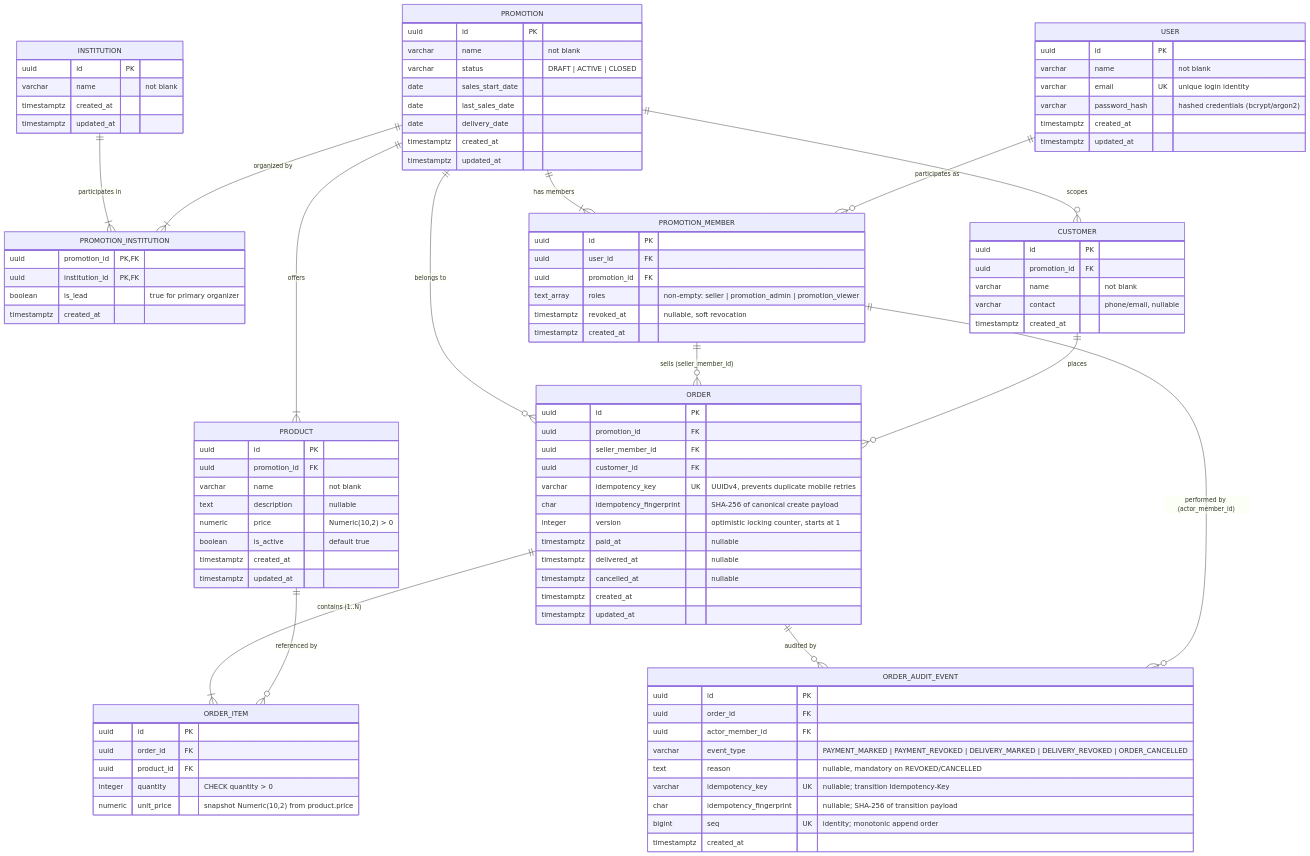
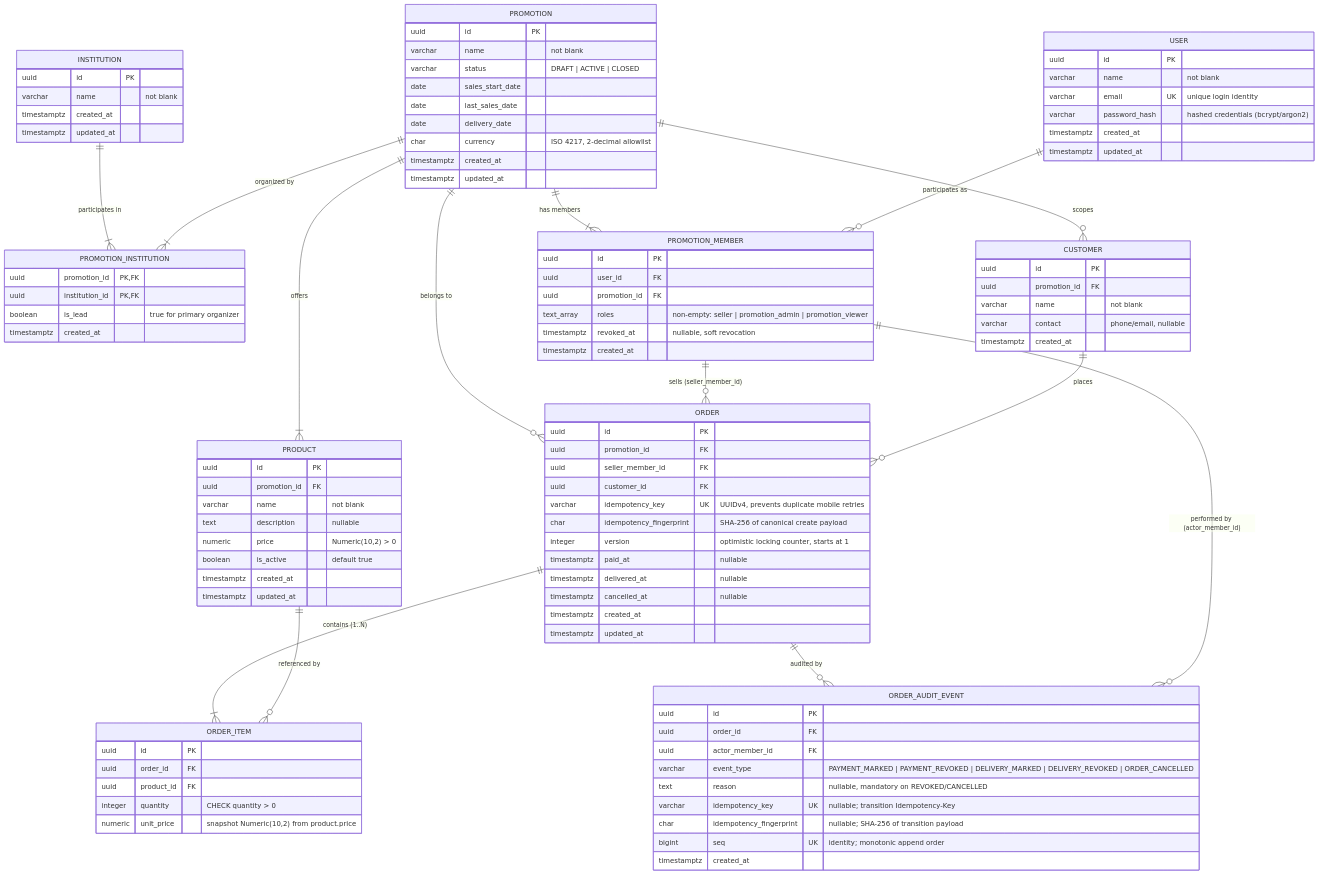
One commit to GuDiasOliveira/promoledger changed the diagram in docs/erm.md. Above: the diagram before and after it, drawn with Mermaid. The commit also changed other lines of this file and 52 other files, not shown here.

```diff
--- a/docs/erm.md
+++ b/docs/erm.md
@@ -40,6 +40,7 @@
         date sales_start_date
         date last_sales_date
         date delivery_date
+        char currency "ISO 4217, 2-decimal allowlist"
         timestamptz created_at
         timestamptz updated_at
     }
```
